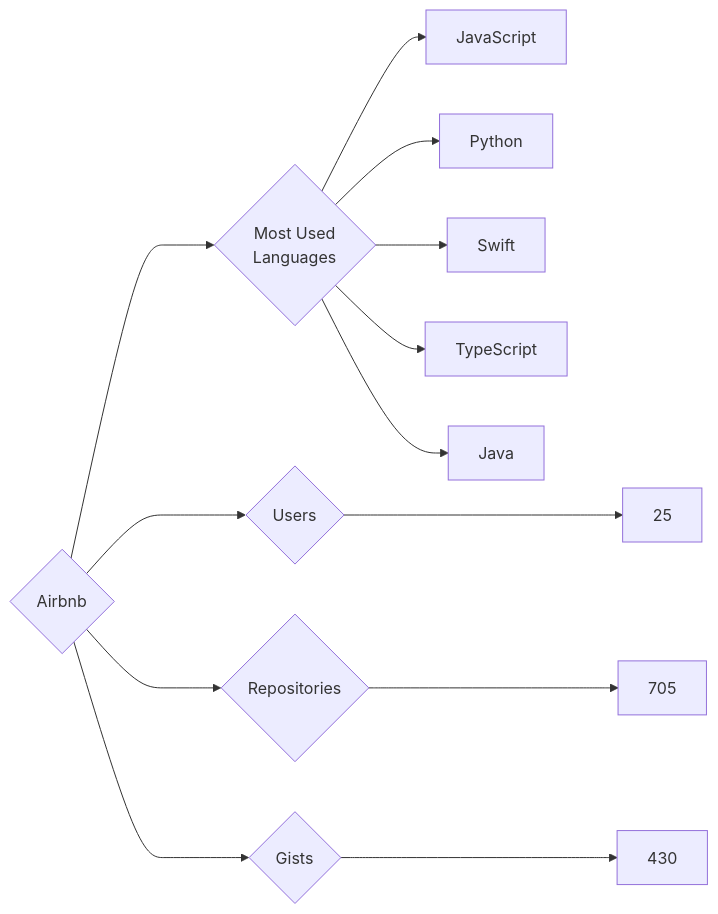
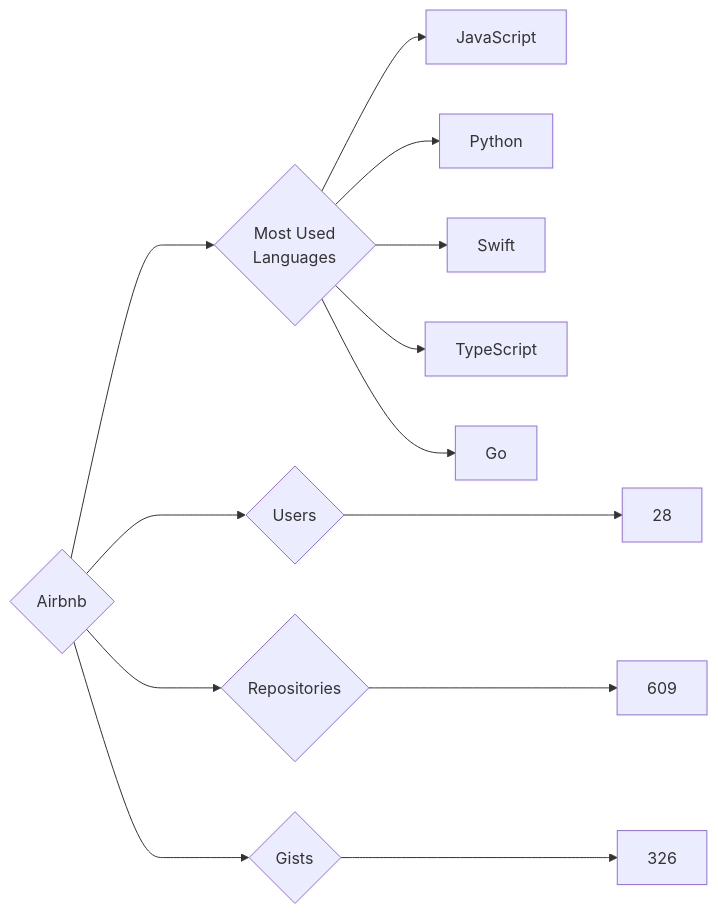
Before and after one commit to trickest/insiders: the diagram in targets/Airbnb/README.md, drawn with Mermaid. The commit also changed 860 other files, not shown here.

````diff
--- a/targets/Airbnb/README.md
+++ b/targets/Airbnb/README.md
@@ -3,13 +3,13 @@
 ```mermaid
 graph LR
 COMPANY_NAME{Airbnb}
-COMPANY_NAME ---> U{Users} ---> UN[25]
-COMPANY_NAME ---> R{Repositories} ---> RN[705]
-COMPANY_NAME ---> G{Gists} ---> GN[430]
+COMPANY_NAME ---> U{Users} ---> UN[28]
+COMPANY_NAME ---> R{Repositories} ---> RN[609]
+COMPANY_NAME ---> G{Gists} ---> GN[326]
 COMPANY_NAME ---> ML{Most Used<br>Languages}
 ML --> JavaScript[JavaScript]
 ML --> Python[Python]
 ML --> Swift[Swift]
 ML --> TypeScript[TypeScript]
-ML --> Java[Java]
+ML --> Go[Go]
 ```
````
